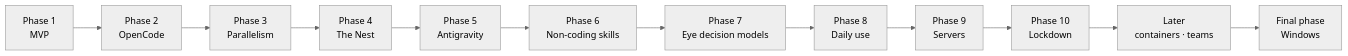
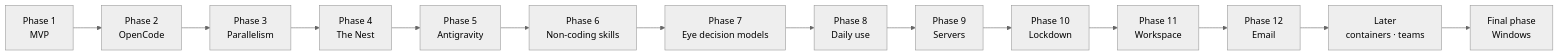
The diagram in docs/03-Planning/Roadmap.md (ABakdi/Oraknid), drawn with Mermaid (neutral theme) before and after one commit. The commit also changed other lines of this file and 8 other files, not shown here.

Commit message:
docs: Phases 11 and 12 in the canon: workspace, device rights, a public Nest, email

````diff
--- a/docs/03-Planning/Roadmap.md
+++ b/docs/03-Planning/Roadmap.md
@@ -7,14 +7,16 @@
 ```mermaid
 flowchart LR
     P1[Phase 1<br/>MVP] --> P2[Phase 2<br/>OpenCode]
     P2 --> P3[Phase 3<br/>Parallelism]
     P3 --> P4[Phase 4<br/>The Nest]
     P4 --> P5[Phase 5<br/>Antigravity]
     P5 --> P6[Phase 6<br/>Non-coding skills]
     P6 --> P7[Phase 7<br/>Eye decision models]
     P7 --> P8[Phase 8<br/>Daily use]
     P8 --> P9[Phase 9<br/>Servers]
     P9 --> P10[Phase 10<br/>Lockdown]
-    P10 --> L[Later<br/>containers · teams]
+    P10 --> P11[Phase 11<br/>Workspace]
+    P11 --> P12[Phase 12<br/>Email]
+    P12 --> L[Later<br/>containers · teams]
     L --> W[Final phase<br/>Windows]
 ```
````
